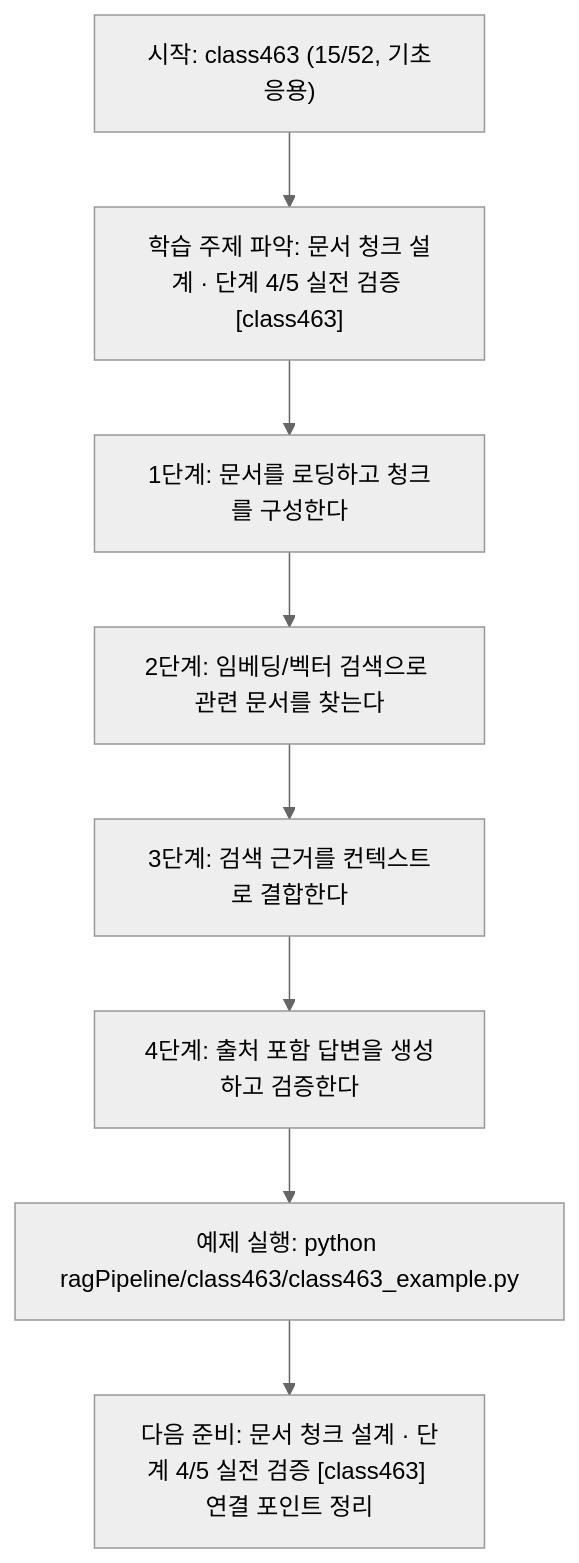
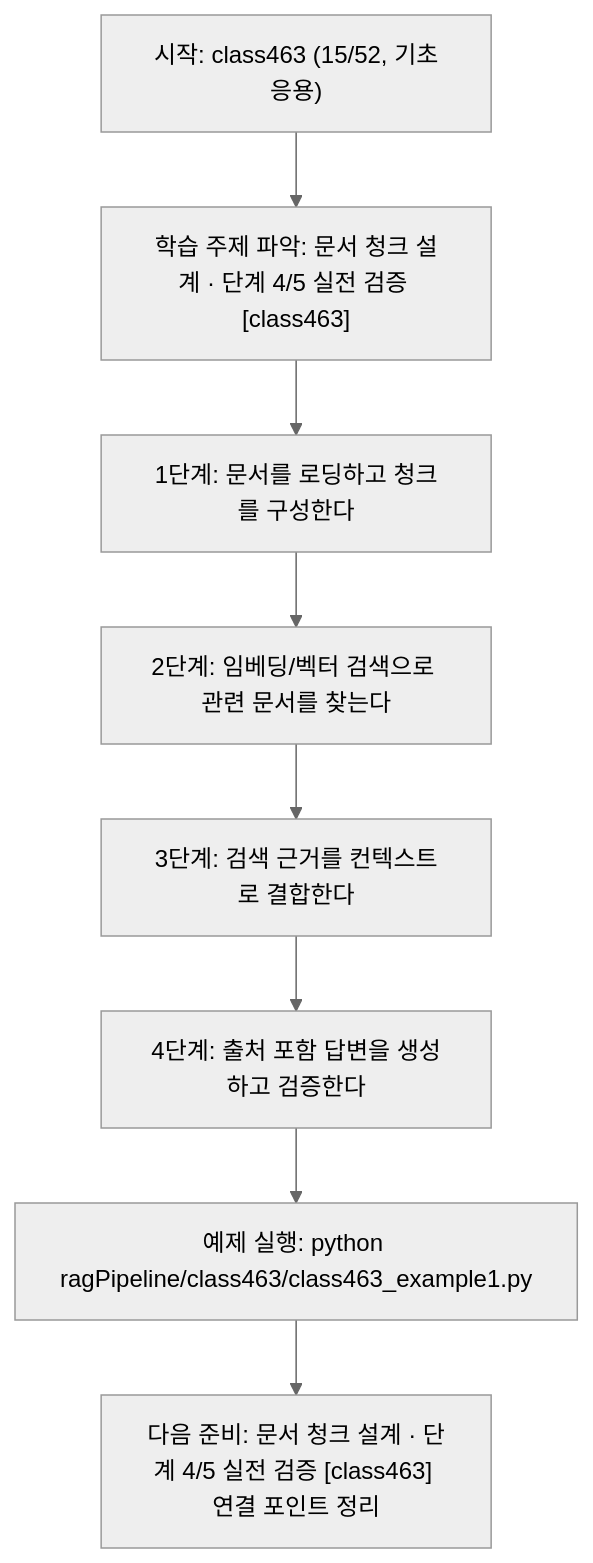
Before and after one commit to edumgt/Python-AI_Agent-Class: the diagram in ragPipeline/class463/class463.md, drawn with Mermaid (neutral theme). The commit also changed other lines of this file and 2959 other files, not shown here.

````diff
--- a/ragPipeline/class463/class463.md
+++ b/ragPipeline/class463/class463.md
@@ -111,18 +111,18 @@
 ```mermaid
 flowchart TD
 N1["시작: class463 (15/52, 기초응용)"]
 N2["학습 주제 파악: 문서 청크 설계 · 단계 4/5 실전 검증 [class463]"]
 N3["1단계: 문서를 로딩하고 청크를 구성한다"]
 N4["2단계: 임베딩/벡터 검색으로 관련 문서를 찾는다"]
 N5["3단계: 검색 근거를 컨텍스트로 결합한다"]
 N6["4단계: 출처 포함 답변을 생성하고 검증한다"]
-N7["예제 실행: python ragPipeline/class463/class463_example.py"]
+N7["예제 실행: python ragPipeline/class463/class463_example1.py"]
 N8["다음 준비: 문서 청크 설계 · 단계 4/5 실전 검증 [class463] 연결 포인트 정리"]
 N1 --> N2
 N2 --> N3
 N3 --> N4
 N4 --> N5
 N5 --> N6
 N6 --> N7
 N7 --> N8
 ```
````
